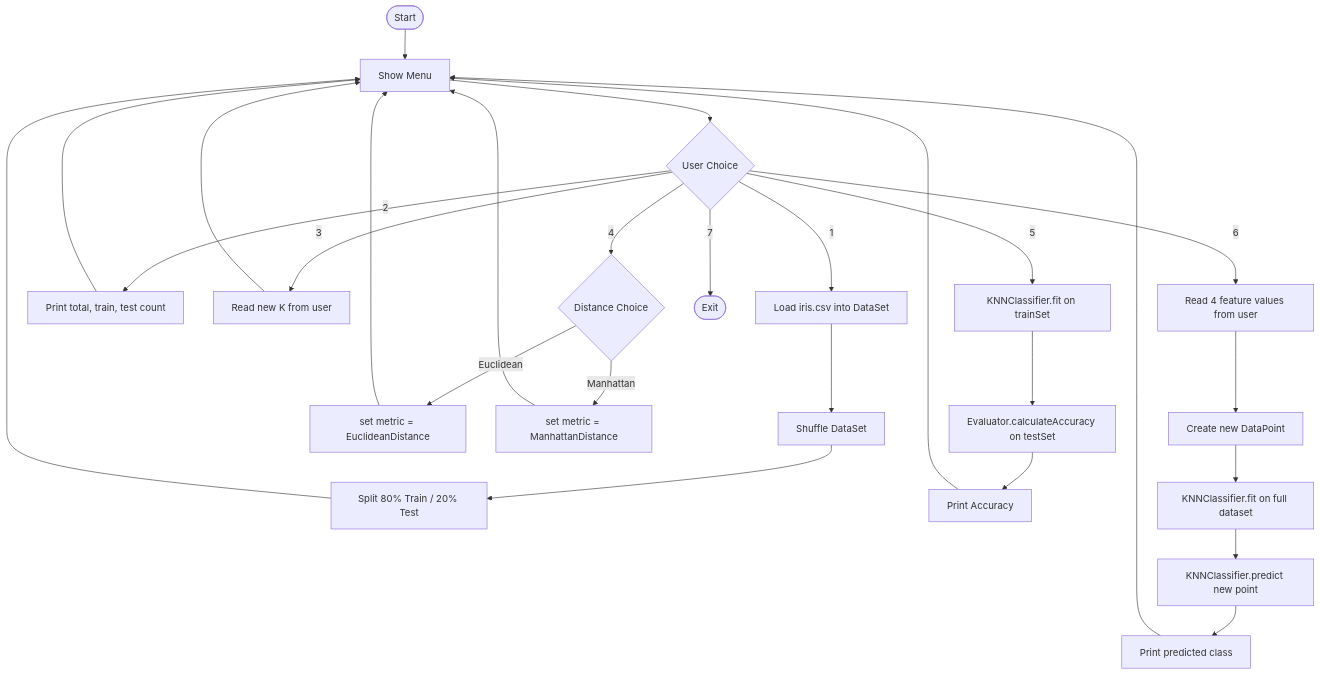
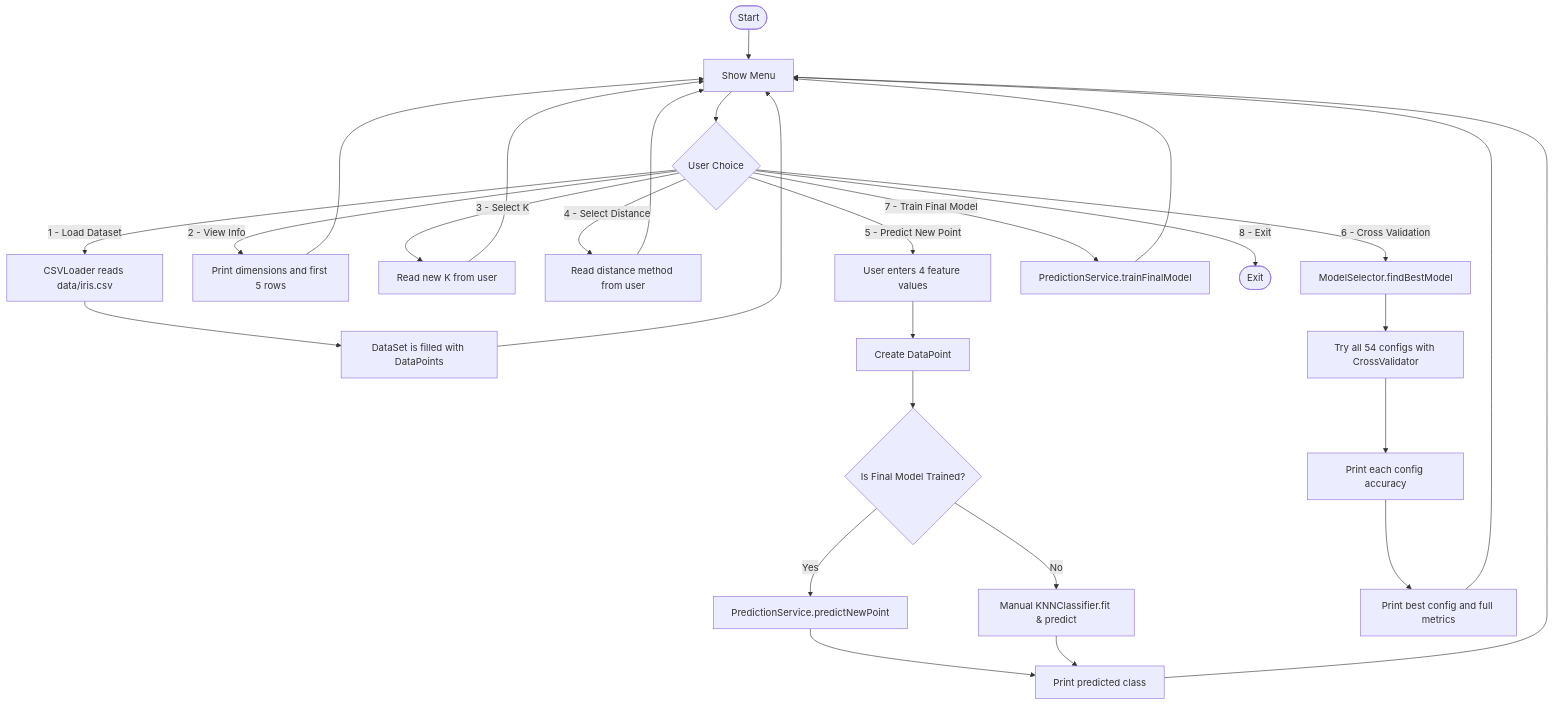
The second of 2 diagrams in diagrams.md (tharunsrisanth07-dotcom/KNN_CPP_PROJECT), drawn with Mermaid before and after one commit. The commit also changed other lines of this file and 33 other files, not shown here.

Commit message:
Refactor: simplify architecture, update menu flow, and remove advanced C++ features for student project readability

````diff
--- a/diagrams.md
+++ b/diagrams.md
@@ -67,36 +150,38 @@
 ```mermaid
 flowchart TD
     A([Start]) --> B[Show Menu]
     B --> C{User Choice}
 
-    C -->|1| D[Load iris.csv into DataSet]
-    D --> E[Shuffle DataSet]
-    E --> F[Split 80% Train / 20% Test]
+    C -->|1 - Load Dataset| D[CSVLoader reads data/iris.csv]
+    D --> E[DataSet is filled with DataPoints]
+    E --> B
+
+    C -->|2 - View Info| F[Print dimensions and first 5 rows]
     F --> B
-
-    C -->|2| G[Print total, train, test count]
+    
+    C -->|3 - Select K| G[Read new K from user]
     G --> B
-
-    C -->|3| H[Read new K from user]
+    
+    C -->|4 - Select Distance| H[Read distance method from user]
     H --> B
 
-    C -->|4| I{Distance Choice}
-    I -->|Euclidean| J[set metric = EuclideanDistance]
-    I -->|Manhattan| K[set metric = ManhattanDistance]
-    J --> B
-    K --> B
+    C -->|5 - Predict New Point| N[User enters 4 feature values]
+    N --> O[Create DataPoint]
+    O --> P{Is Final Model Trained?}
+    P -->|Yes| Q1[PredictionService.predictNewPoint]
+    P -->|No| Q2[Manual KNNClassifier.fit & predict]
+    Q1 --> R[Print predicted class]
+    Q2 --> R
+    R --> B
 
-    C -->|5| L[KNNClassifier.fit on trainSet]
-    L --> M[Evaluator.calculateAccuracy on testSet]
-    M --> N[Print Accuracy]
-    N --> B
+    C -->|6 - Cross Validation| I[ModelSelector.findBestModel]
+    I --> J[Try all 54 configs with CrossValidator]
+    J --> K[Print each config accuracy]
+    K --> L[Print best config and full metrics]
+    L --> B
 
-    C -->|6| O[Read 4 feature values from user]
-    O --> P[Create new DataPoint]
-    P --> Q[KNNClassifier.fit on full dataset]
-    Q --> R[KNNClassifier.predict new point]
-    R --> S[Print predicted class]
-    S --> B
+    C -->|7 - Train Final Model| M[PredictionService.trainFinalModel]
+    M --> B
 
-    C -->|7| T([Exit])
+    C -->|8 - Exit| S([Exit])
 ```
````
